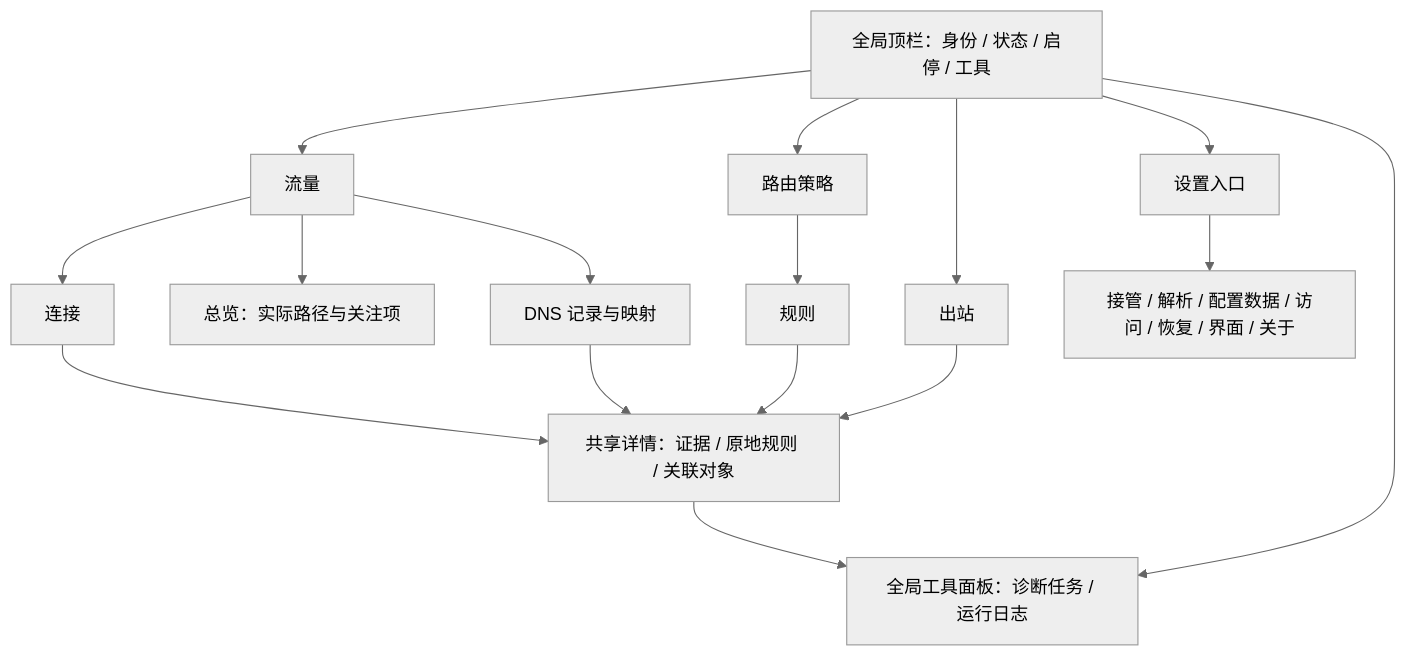
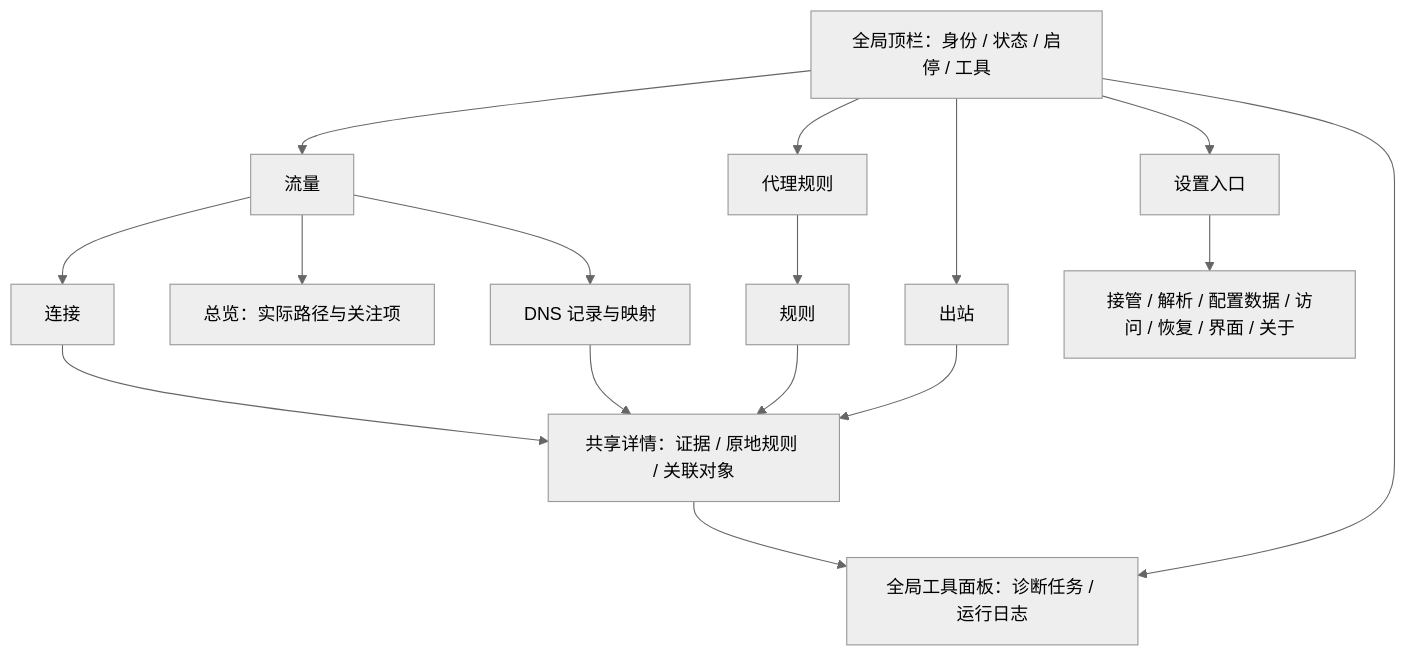
One commit to xjdrew/kone changed the first of 2 diagrams in docs/design-system/kone/MASTER.md. Above: the diagram before and after it, drawn with Mermaid (neutral theme). The commit also changed other lines of this file and 45 other files, not shown here.

````diff
--- a/docs/design-system/kone/MASTER.md
+++ b/docs/design-system/kone/MASTER.md
@@ -57,18 +57,18 @@
 ```mermaid
 flowchart TB
   A[全局顶栏：身份 / 状态 / 启停 / 工具] --> F[流量]
-  A --> P[路由策略]
+  A --> P[代理规则]
   A --> PO[出站]
   A --> S[设置入口]
   F --> FO[总览：实际路径与关注项]
   F --> FC[连接]
   F --> FD[DNS 记录与映射]
   P --> PR[规则]
   S --> SC[接管 / 解析 / 配置数据 / 访问 / 恢复 / 界面 / 关于]
   FC --> I[共享详情：证据 / 原地规则 / 关联对象]
   FD --> I
   PR --> I
   PO --> I
   I --> T[全局工具面板：诊断任务 / 运行日志]
   A --> T
 ```
````
